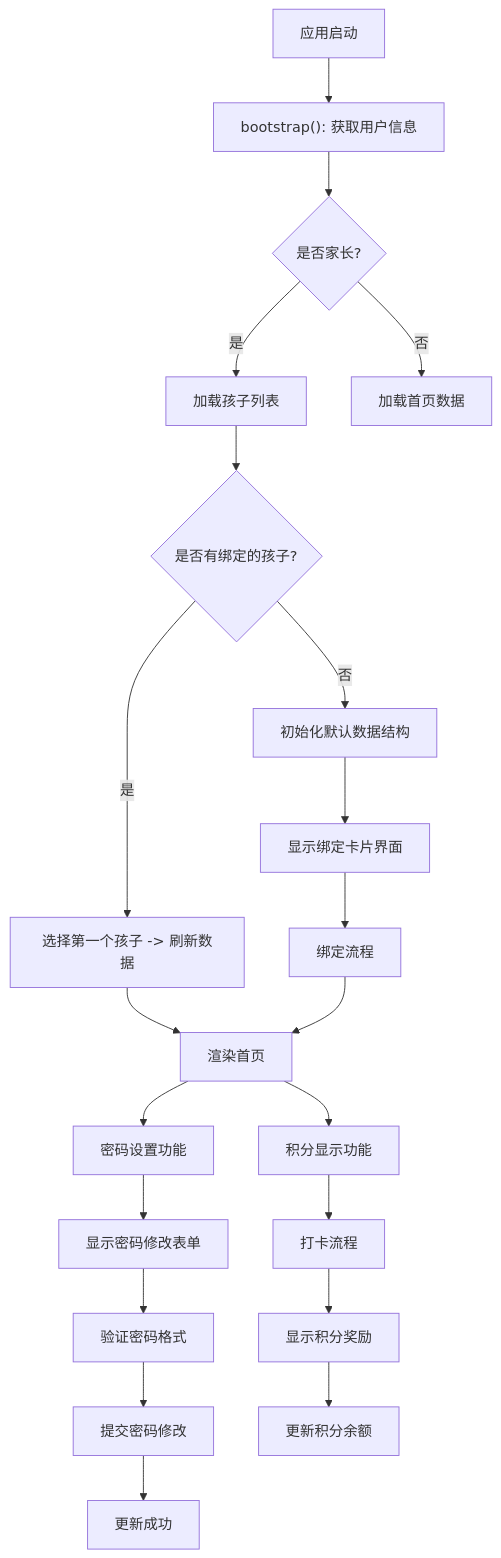
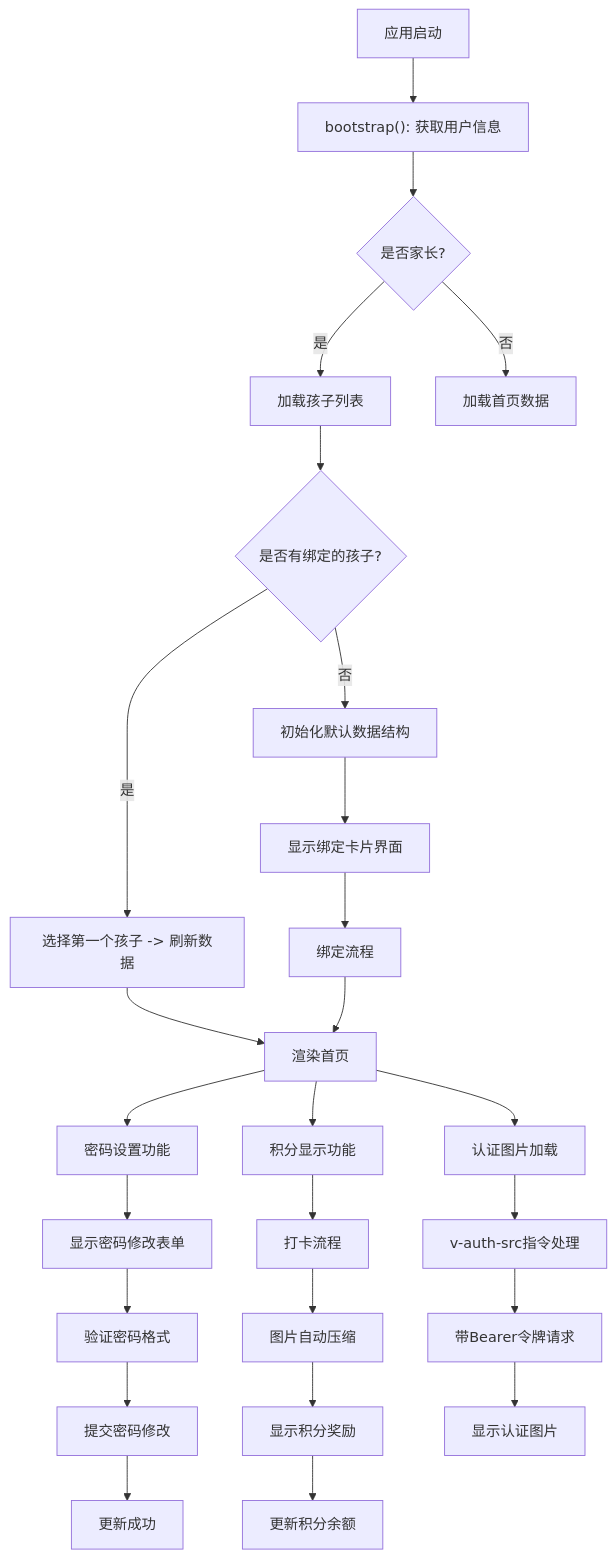
One commit to onebody/homework changed diagram 15 of 16 in .qoder/repowiki/zh/content/暑假作业打卡系统/前端应用设计/学生端应用.md. Above: the diagram before and after it, drawn with Mermaid. The commit also changed other lines of this file and 35 other files, not shown here.

````diff
--- a/.qoder/repowiki/zh/content/暑假作业打卡系统/前端应用设计/学生端应用.md
+++ b/.qoder/repowiki/zh/content/暑假作业打卡系统/前端应用设计/学生端应用.md
@@ -655,23 +759,28 @@
 ```mermaid
 flowchart TD
 Init["应用启动"] --> Boot["bootstrap(): 获取用户信息"]
 Boot --> Role{"是否家长?"}
 Role -- 是 --> LoadChildren["加载孩子列表"]
 Role -- 否 --> LoadHome["加载首页数据"]
 LoadChildren --> HasChildren{"是否有绑定的孩子?"}
 HasChildren -- 是 --> SelectChild["选择第一个孩子 -> 刷新数据"]
 HasChildren -- 否 --> InitData["初始化默认数据结构"]
 InitData --> ShowBindCard["显示绑定卡片界面"]
 SelectChild --> View["渲染首页"]
 ShowBindCard --> BindProcess["绑定流程"]
 BindProcess --> View
 View --> PasswordFeature["密码设置功能"]
 PasswordFeature --> ShowPwdForm["显示密码修改表单"]
 ShowPwdForm --> ValidatePassword["验证密码格式"]
 ValidatePassword --> SubmitPassword["提交密码修改"]
 SubmitPassword --> UpdateSuccess["更新成功"]
 View --> PointsDisplay["积分显示功能"]
 PointsDisplay --> CheckinFlow["打卡流程"]
-CheckinFlow --> ShowPoints["显示积分奖励"]
+CheckinFlow --> CompressImage["图片自动压缩"]
+CompressImage --> ShowPoints["显示积分奖励"]
 ShowPoints --> UpdateBalance["更新积分余额"]
+View --> AuthImageLoading["认证图片加载"]
+AuthImageLoading --> VAuthSrc["v-auth-src指令处理"]
+VAuthSrc --> FetchWithToken["带Bearer令牌请求"]
+FetchWithToken --> DisplayImage["显示认证图片"]
 ```
````
